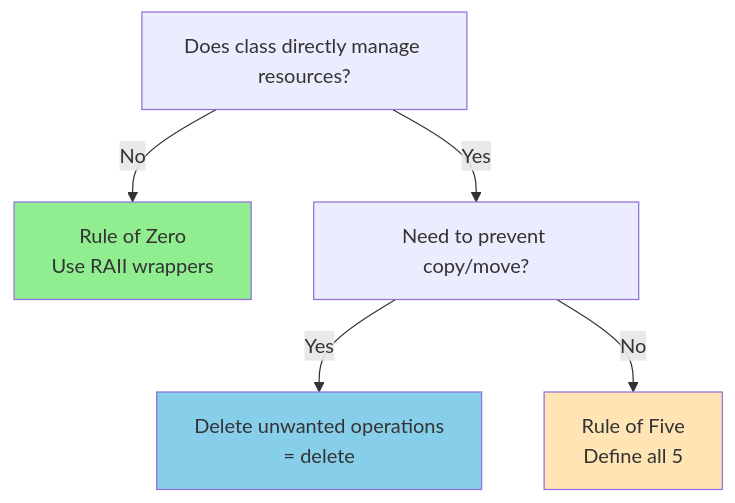
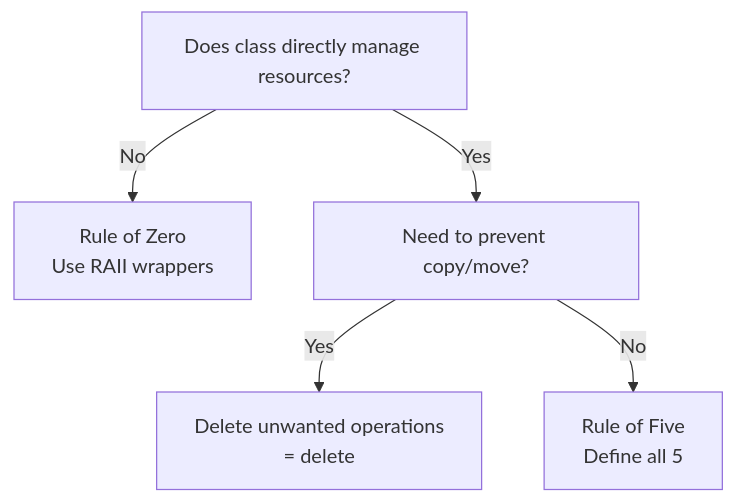
One commit to AndriiSonsiadlo/knowledge-base changed the diagram in docs/programming/cpp/07-classes-and-oop/rule-of-zero-three-five.md. Above: the diagram before and after it, drawn with Mermaid. The commit also changed 8 other files, not shown here.

Commit message:
style (C++): theme-agnostic diagrams in memory, pointers and OOP docs

````diff
--- a/docs/programming/cpp/07-classes-and-oop/rule-of-zero-three-five.md
+++ b/docs/programming/cpp/07-classes-and-oop/rule-of-zero-three-five.md
@@ -336,12 +336,9 @@
 ```mermaid
 graph TD
     A[Does class directly manage resources?]
     A -->|No| B[Rule of Zero<br/>Use RAII wrappers]
     A -->|Yes| C[Need to prevent copy/move?]
     C -->|Yes| D[Delete unwanted operations<br/>= delete]
     C -->|No| E[Rule of Five<br/>Define all 5]
     
-    style B fill:#90EE90
-    style E fill:#FFE5B4
-    style D fill:#87CEEB
 ```
````
